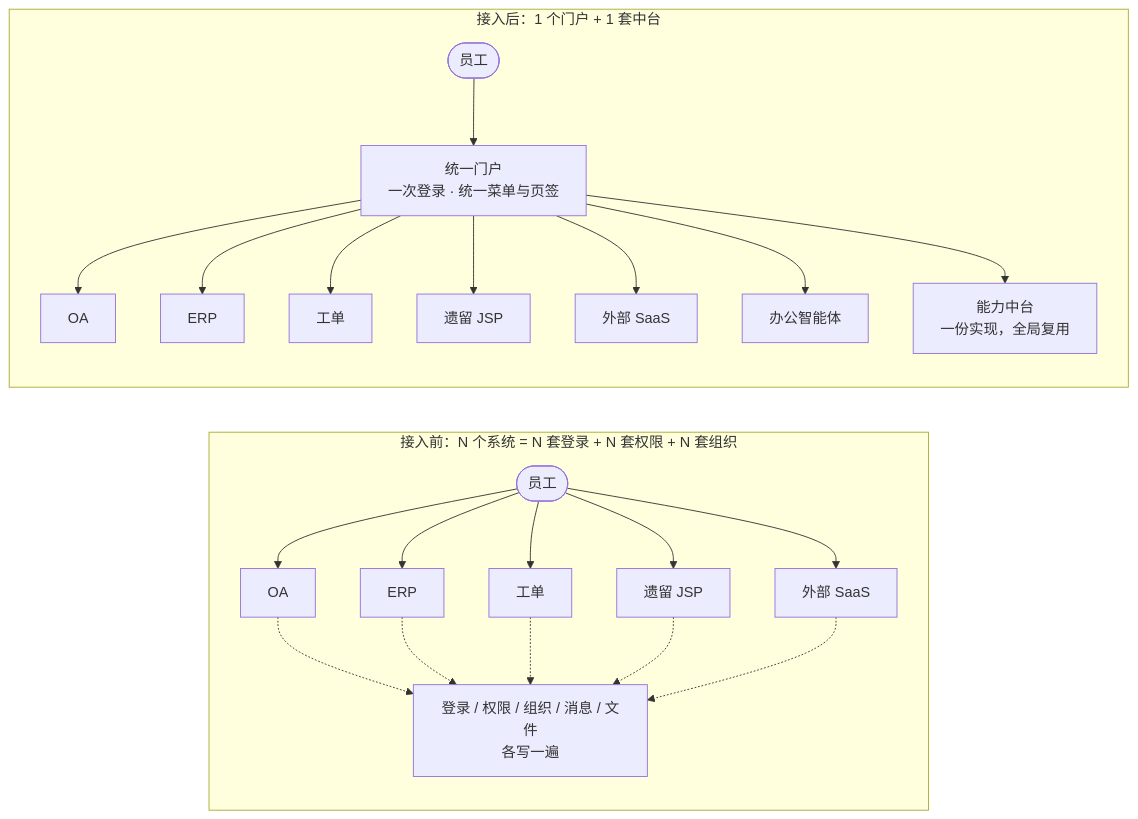
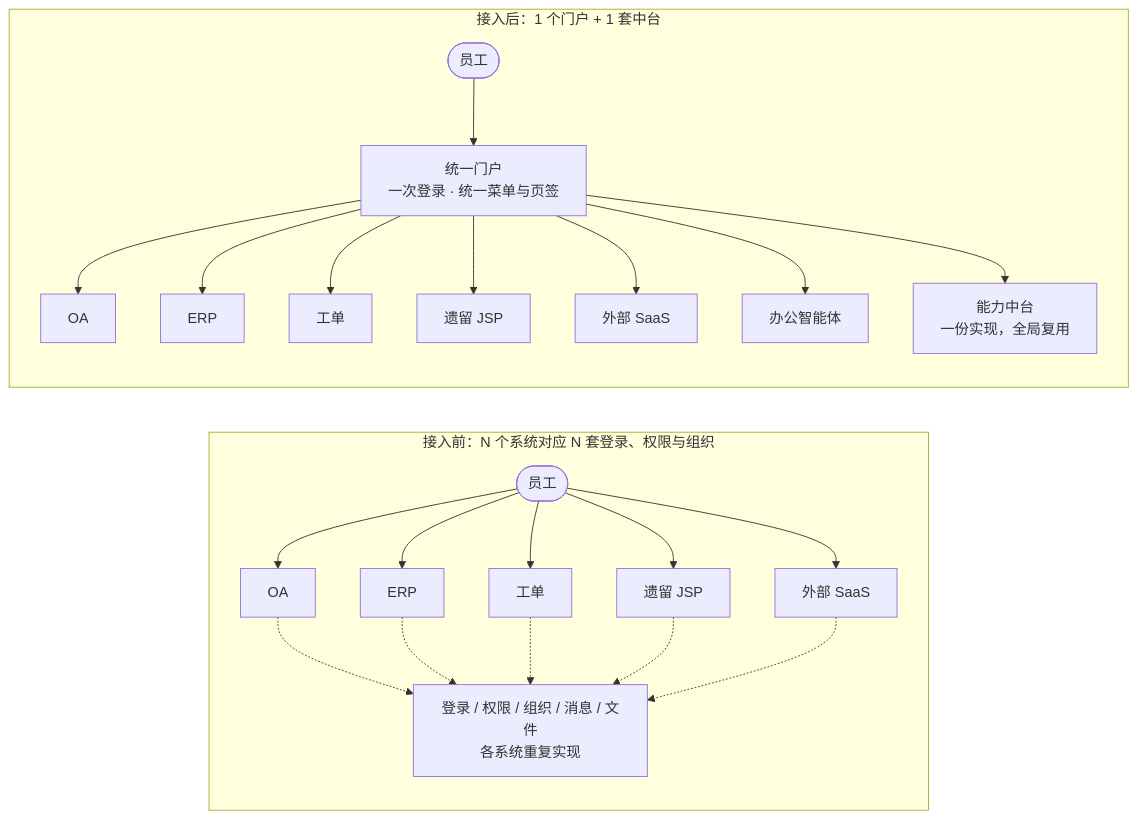
One commit to zdtjss/nway-system changed the first of 2 diagrams in README.md. Above: the diagram before and after it, drawn with Mermaid. The commit also changed other lines of this file, not shown here.

````diff
--- a/README.md
+++ b/README.md
@@ -61,27 +77,27 @@
 ```mermaid
 flowchart LR
-    subgraph BEFORE["接入前：N 个系统 = N 套登录 + N 套权限 + N 套组织"]
+    subgraph BEFORE["接入前：N 个系统对应 N 套登录、权限与组织"]
         direction TB
         U1(["员工"]) --> S1["OA"]
         U1 --> S2["ERP"]
         U1 --> S3["工单"]
         U1 --> S4["遗留 JSP"]
         U1 --> S5["外部 SaaS"]
-        S1 -.-> R["登录 / 权限 / 组织 / 消息 / 文件<br/>各写一遍"]
+        S1 -.-> R["登录 / 权限 / 组织 / 消息 / 文件<br/>各系统重复实现"]
         S2 -.-> R
         S3 -.-> R
         S4 -.-> R
         S5 -.-> R
     end
     subgraph AFTER["接入后：1 个门户 + 1 套中台"]
         direction TB
         U2(["员工"]) --> P["统一门户<br/>一次登录 · 统一菜单与页签"]
         P --> T1["OA"]
         P --> T2["ERP"]
         P --> T3["工单"]
         P --> T4["遗留 JSP"]
         P --> T5["外部 SaaS"]
         P --> AG["办公智能体"]
         P --> C["能力中台<br/>一份实现，全局复用"]
     end
 ```
````
